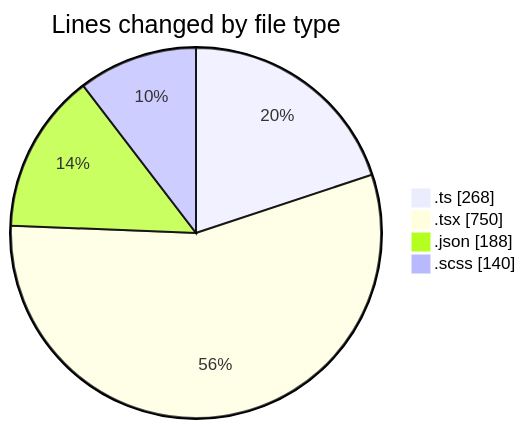
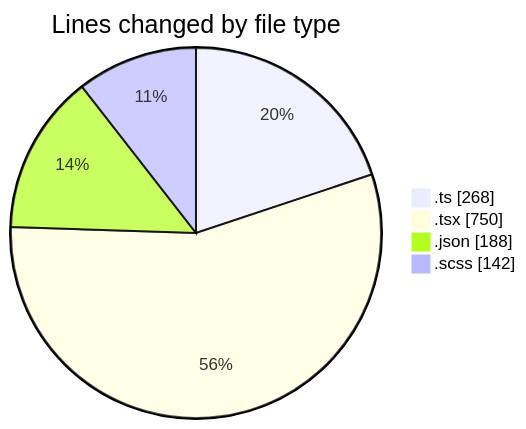
Before and after one commit to momahboobian/code-tracking: the first of 2 diagrams in 2026-05-07/cda/README.md, drawn with Mermaid. The commit also changed other lines of this file and 1 other file, not shown here.

````diff
--- a/2026-05-07/cda/README.md
+++ b/2026-05-07/cda/README.md
@@ -32,8 +32,8 @@
 ```mermaid
 pie showData
 title Lines changed by file type
 ".ts" : 268
 ".tsx" : 750
 ".json" : 188
-".scss" : 140
+".scss" : 142
 ```
````
